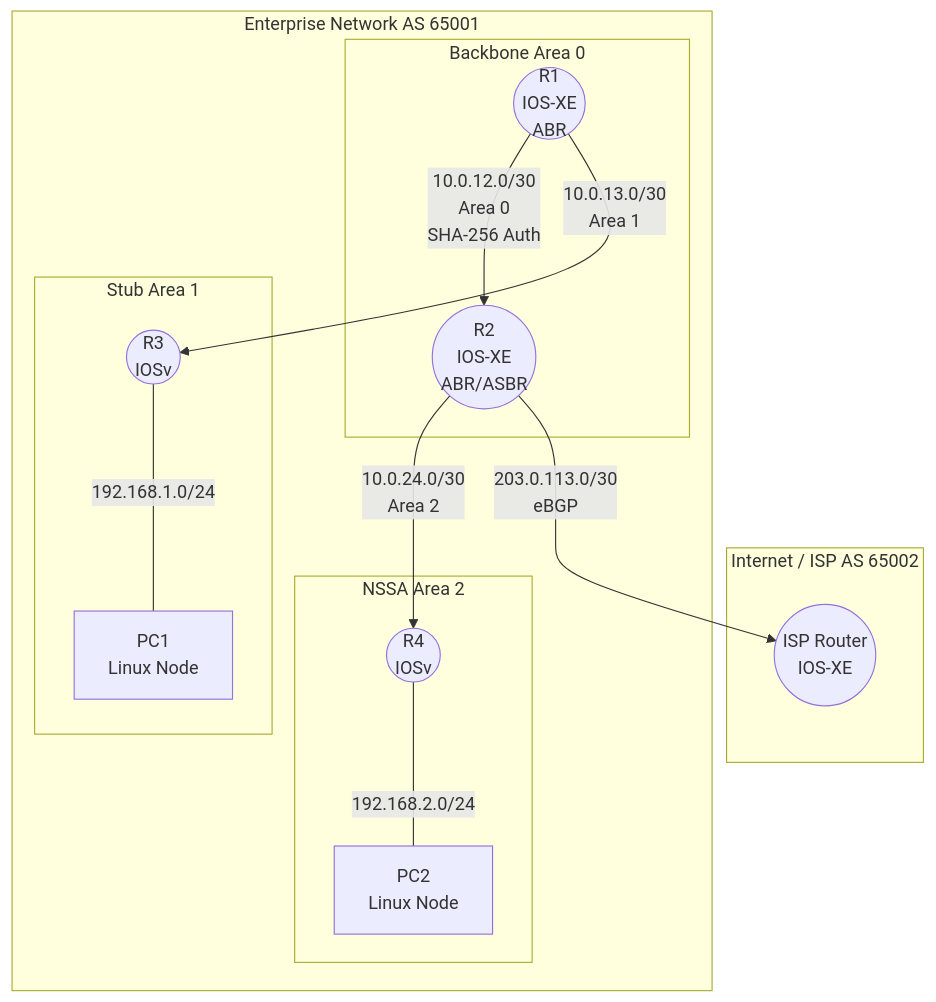
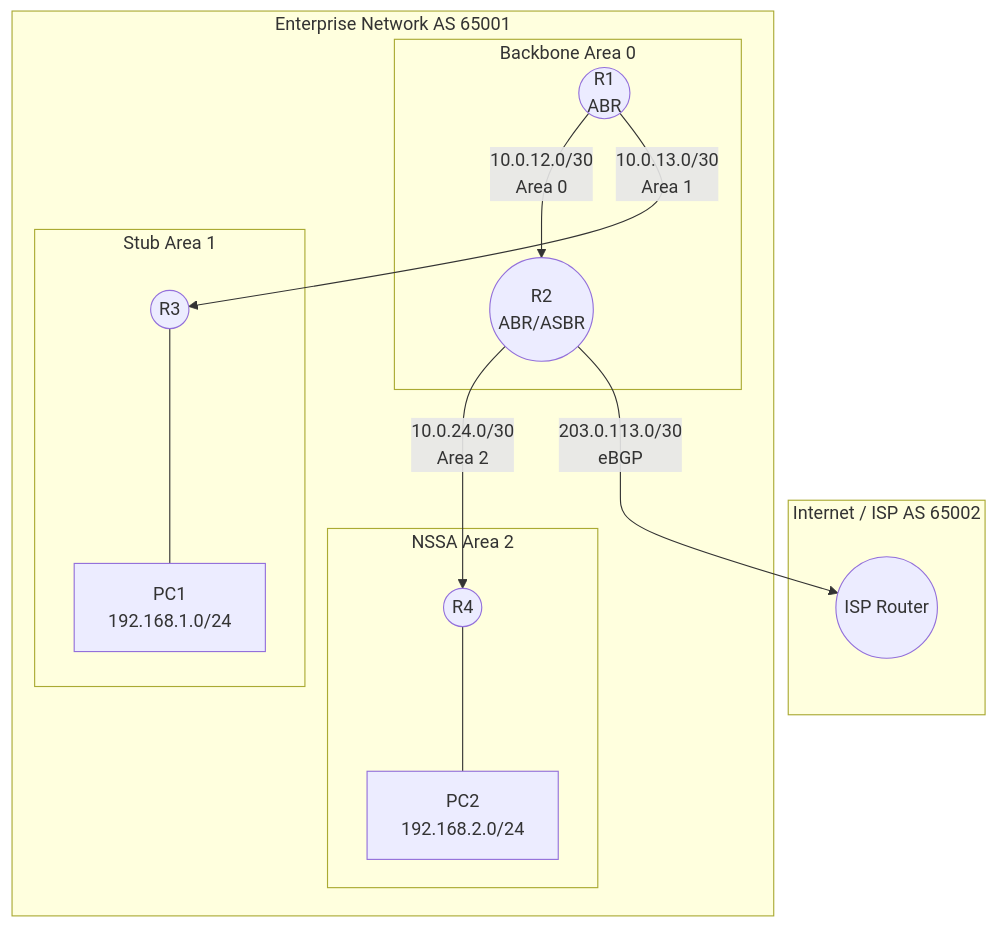
The diagram in Phase 05 – Advanced Cisco Enterprise (Weeks 21–30)/Enterprise Core (ENCOR)/01-01 OSPF CML Training.md (digimindx/Networking-Security), drawn with Mermaid before and after one commit. The commit also changed other lines of this file, not shown here.

````diff
--- a/Phase 05 – Advanced Cisco Enterprise (Weeks 21–30)/Enterprise Core (ENCOR)/01-01 OSPF CML Training.md
+++ b/Phase 05 – Advanced Cisco Enterprise (Weeks 21–30)/Enterprise Core (ENCOR)/01-01 OSPF CML Training.md
@@ -12,31 +14,26 @@
 ```mermaid
 graph TD
-    subgraph ISP [Internet / ISP AS 65002]
-        ISP_R((ISP Router<br/>IOS-XE))
-    end
-
-    subgraph Enterprise [Enterprise Network AS 65001]
-        subgraph Area0 [Backbone Area 0]
-            R1((R1<br/>IOS-XE<br/>ABR))
-            R2((R2<br/>IOS-XE<br/>ABR/ASBR))
-        end
-        
-        subgraph Area1 [Stub Area 1]
-            R3((R3<br/>IOSv))
-            PC1[PC1<br/>Linux Node]
-        end
-        
-        subgraph Area2 [NSSA Area 2]
-            R4((R4<br/>IOSv))
-            PC2[PC2<br/>Linux Node]
-        end
-    end
-
-    %% Links
-    R1 -- "10.0.12.0/30<br/>Area 0<br/>SHA-256 Auth" --> R2
-    R1 -- "10.0.13.0/30<br/>Area 1" --> R3
-    R2 -- "10.0.24.0/30<br/>Area 2" --> R4
-    R3 ---|"192.168.1.0/24"| PC1
-    R4 ---|"192.168.2.0/24"| PC2
-    R2 -- "203.0.113.0/30<br/>eBGP" --> ISP_R
+     subgraph ISP [Internet / ISP AS 65002]
+         ISP_R((ISP Router))
+     end
+     subgraph Enterprise [Enterprise Network AS 65001]
+         subgraph Area0 [Backbone Area 0]
+             R1((R1<br/>ABR))
+             R2((R2<br/>ABR/ASBR))
+         end
+         subgraph Area1 [Stub Area 1]
+             R3((R3))
+             PC1[PC1<br/>192.168.1.0/24]
+         end
+         subgraph Area2 [NSSA Area 2]
+             R4((R4))
+             PC2[PC2<br/>192.168.2.0/24]
+         end
+     end
+     R1 -- "10.0.12.0/30<br/>Area 0" --> R2
+     R1 -- "10.0.13.0/30<br/>Area 1" --> R3
+     R2 -- "10.0.24.0/30<br/>Area 2" --> R4
+     R3 --- PC1
+     R4 --- PC2
+     R2 -- "203.0.113.0/30<br/>eBGP" --> ISP_R
 ```
````
